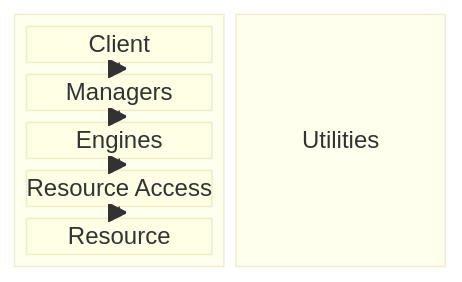
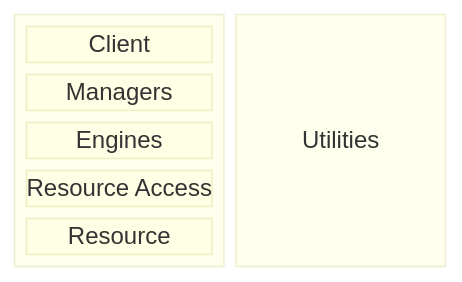
The first of 2 diagrams in skills/righting-software-system-design/SKILL.md (esond/claude-skills), drawn with Mermaid before and after one commit. The commit also changed other lines of this file and 1 other file, not shown here.

First line of the commit message:
Drop arrows from static diagrams; strengthen D2 preference

````diff
--- a/skills/righting-software-system-design/SKILL.md
+++ b/skills/righting-software-system-design/SKILL.md
@@ -610,43 +610,38 @@
 ```mermaid
 block-beta
   columns 2
 
   block:main:1
     columns 1
 
     block:client["Client"]
       columns 4
       %% Entry points — web, API, scheduler, inbound webhooks
     end
 
     block:managers["Managers"]
       columns 3
       %% Workflow orchestrators — one per major workflow family
     end
 
     block:engines["Engines"]
       columns 5
       %% Business logic, rules, calculations
     end
 
     block:accessors["Resource Access"]
       columns 4
       %% Wrap data + external integrations; expose atomic business verbs
     end
 
     block:resources["Resource"]
       columns 5
       %% Databases, partner APIs, external systems
     end
   end
 
   block:utilities["Utilities"]:1
     columns 1
     %% Cross-cutting infrastructure, consumed from any layer
   end
-
-  client --> managers
-  managers --> engines
-  engines --> accessors
-  accessors --> resources
 ```
````
